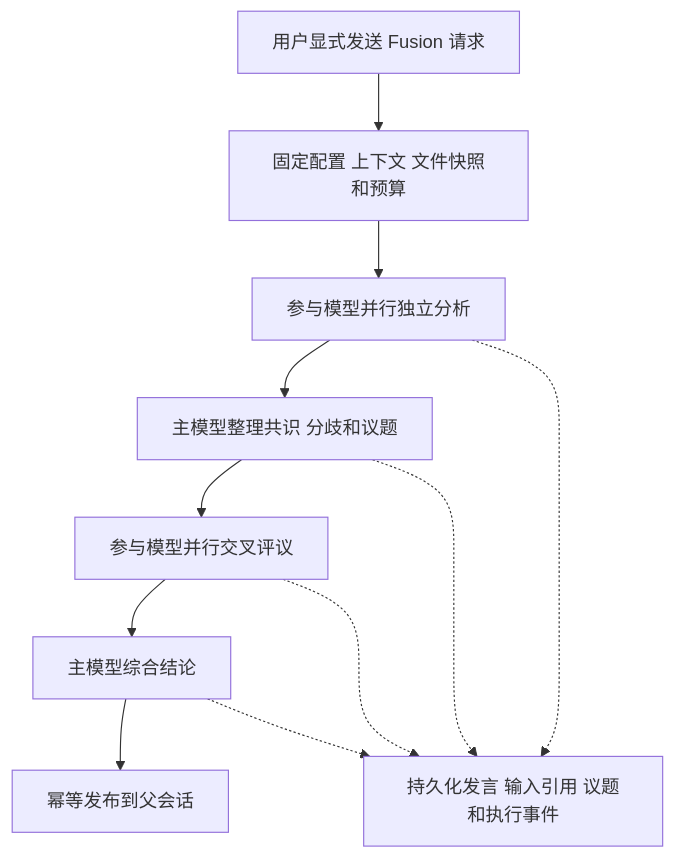
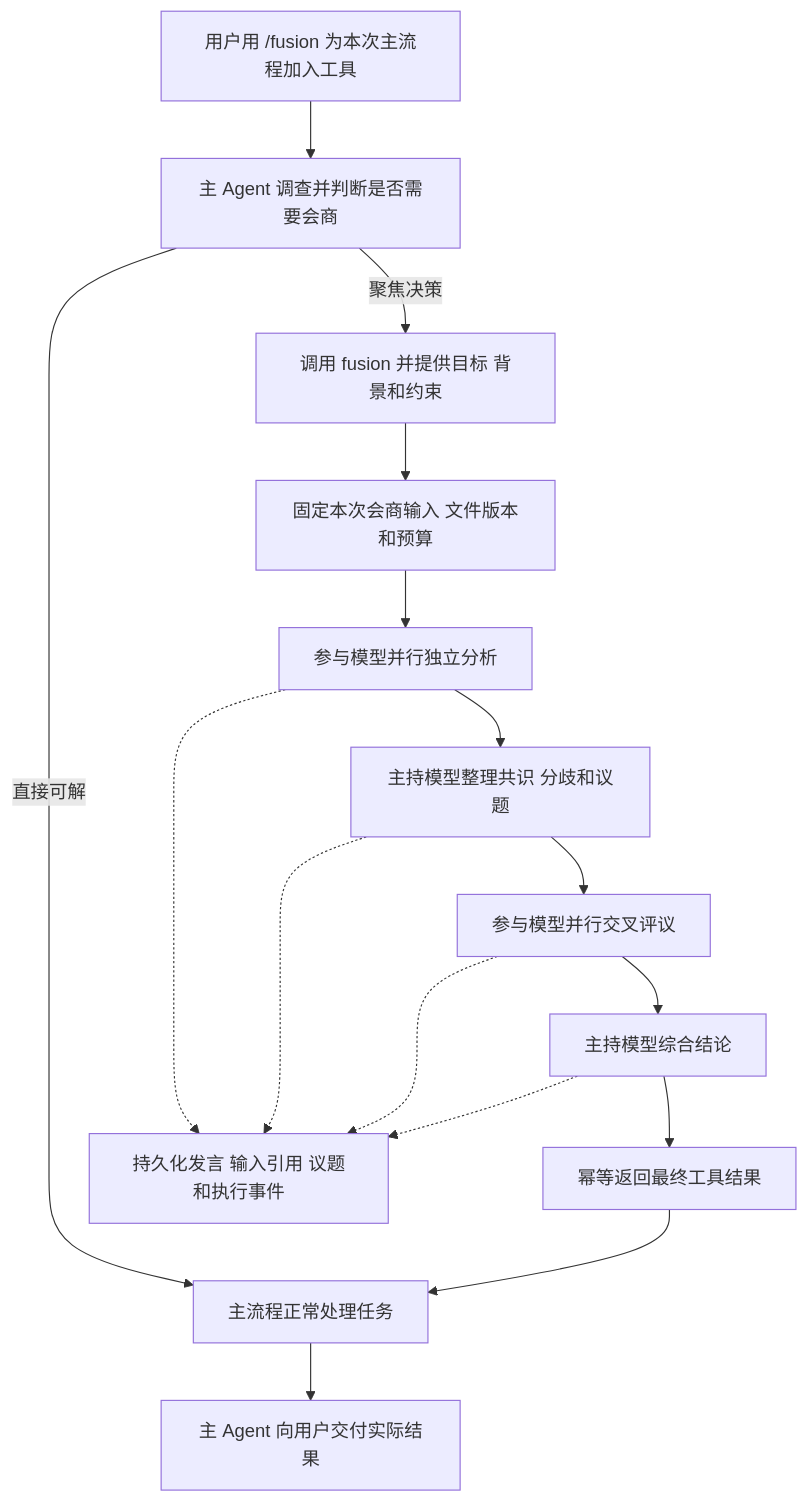
Before and after one commit to futuregene/future-os: the diagram in docs/architecture/fusion.zh-CN.md, drawn with Mermaid. The commit also changed other lines of this file and 3 other files, not shown here.

````diff
--- a/docs/architecture/fusion.zh-CN.md
+++ b/docs/architecture/fusion.zh-CN.md
@@ -40,13 +95,18 @@
 ```mermaid
 flowchart TD
-    U[用户显式发送 Fusion 请求] --> S[固定配置 上下文 文件快照和预算]
+    U[用户用 /fusion 为本次主流程加入工具] --> O[主 Agent 调查并判断是否需要会商]
+    O -->|直接可解| E[主流程正常处理任务]
+    O -->|聚焦决策| T[调用 fusion 并提供目标 背景和约束]
+    T --> S[固定本次会商输入 文件版本和预算]
     S --> A[参与模型并行独立分析]
-    A --> I[主模型整理共识 分歧和议题]
+    A --> I[主持模型整理共识 分歧和议题]
     I --> R[参与模型并行交叉评议]
-    R --> F[主模型综合结论]
-    F --> P[幂等发布到父会话]
+    R --> F[主持模型综合结论]
+    F --> P[幂等返回最终工具结果]
+    P --> E
+    E --> Z[主 Agent 向用户交付实际结果]
     A -.-> D[持久化发言 输入引用 议题和执行事件]
     I -.-> D
     R -.-> D
     F -.-> D
 ```
````
